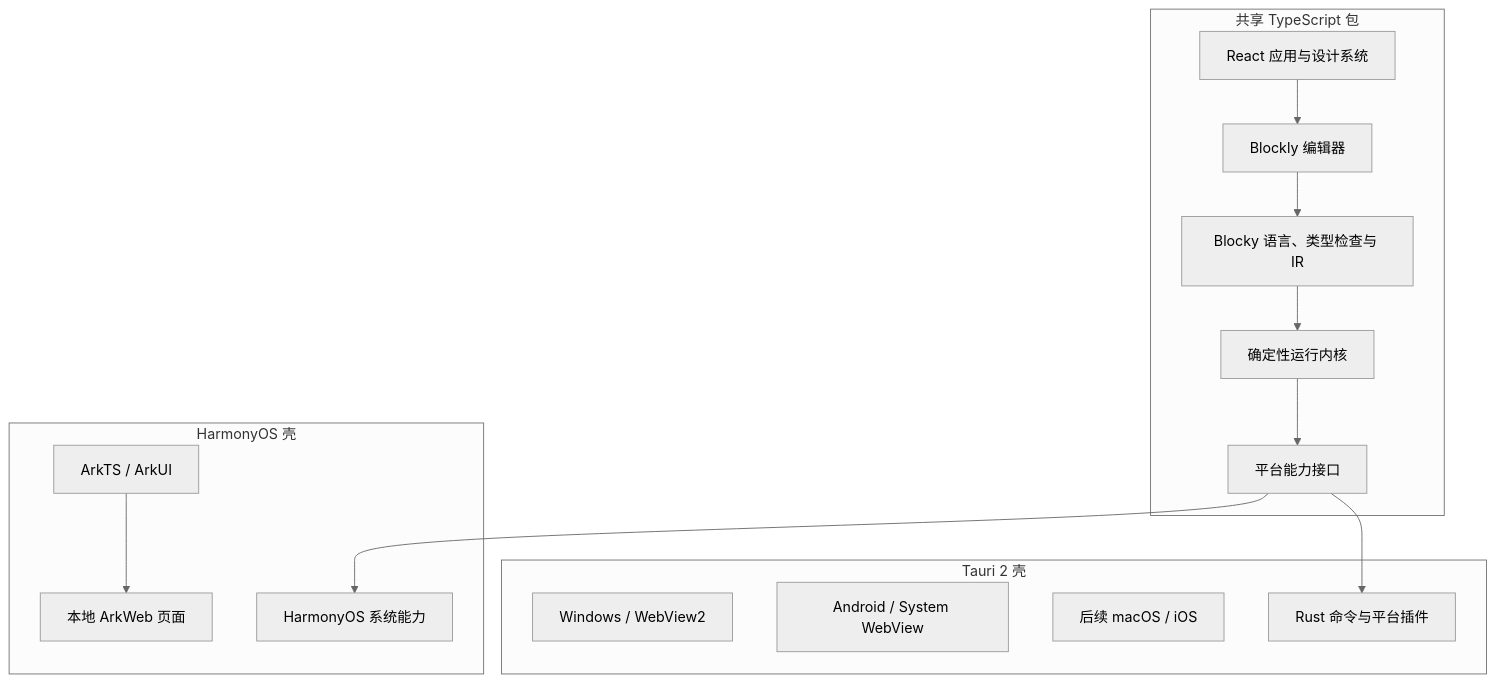
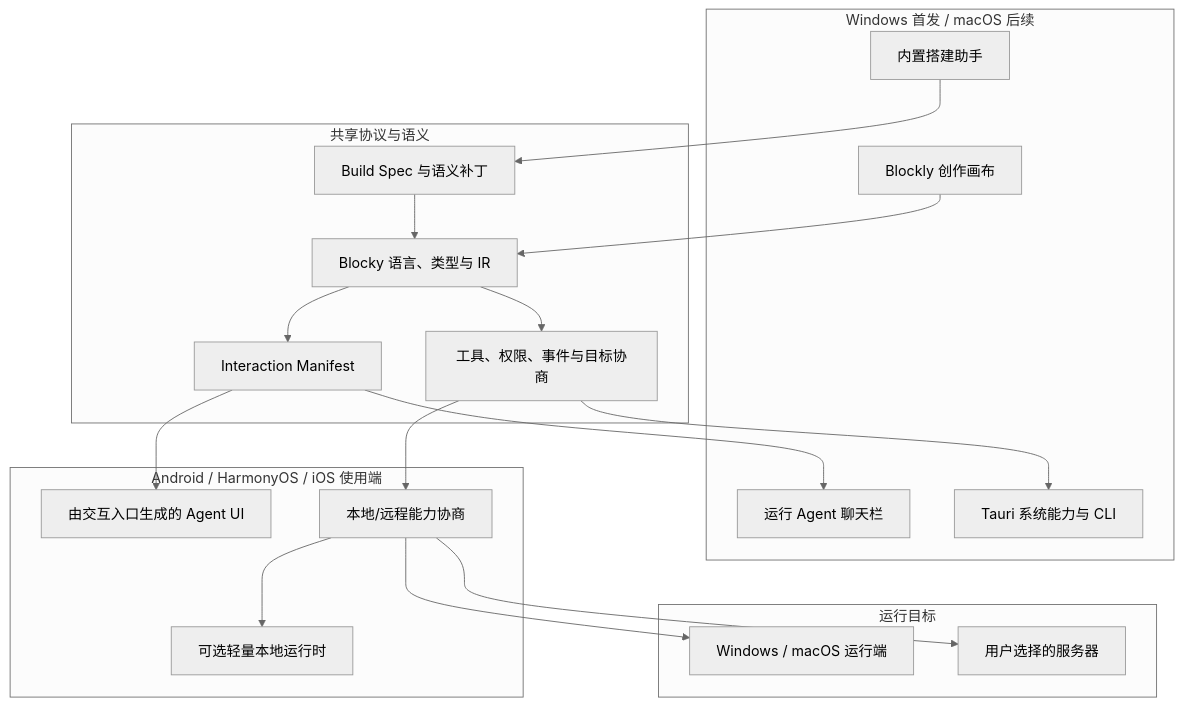
Before and after one commit to q2955161835-debug/Blocky-AI: the diagram in doc/技术设计/ADR-001-首版跨端技术选型.md, drawn with Mermaid (neutral theme). The commit also changed other lines of this file and 13 other files, not shown here.

````diff
--- a/doc/技术设计/ADR-001-首版跨端技术选型.md
+++ b/doc/技术设计/ADR-001-首版跨端技术选型.md
@@ -36,28 +52,39 @@
 ```mermaid
 flowchart TB
-  subgraph Shared["共享 TypeScript 包"]
-    UI["React 应用与设计系统"]
-    Editor["Blockly 编辑器"]
-    Lang["Blocky 语言、类型检查与 IR"]
-    Runtime["确定性运行内核"]
-    HostAPI["平台能力接口"]
-    UI --> Editor --> Lang --> Runtime --> HostAPI
+  subgraph Desktop["Windows 首发 / macOS 后续"]
+    Editor["Blockly 创作画布"]
+    Builder["内置搭建助手"]
+    RuntimeUI["运行 Agent 聊天栏"]
+    DesktopHost["Tauri 系统能力与 CLI"]
   end
 
-  subgraph Tauri["Tauri 2 壳"]
-    Win["Windows / WebView2"]
-    Android["Android / System WebView"]
-    Later["后续 macOS / iOS"]
-    Rust["Rust 命令与平台插件"]
+  subgraph Shared["共享协议与语义"]
+    Language["Blocky 语言、类型与 IR"]
+    BuildSpec["Build Spec 与语义补丁"]
+    Interaction["Interaction Manifest"]
+    Contracts["工具、权限、事件与目标协商"]
   end
 
-  subgraph Harmony["HarmonyOS 壳"]
-    ArkUI["ArkTS / ArkUI"]
-    ArkWeb["本地 ArkWeb 页面"]
-    HOS["HarmonyOS 系统能力"]
-    ArkUI --> ArkWeb
+  subgraph Mobile["Android / HarmonyOS / iOS 使用端"]
+    GeneratedUI["由交互入口生成的 Agent UI"]
+    Negotiator["本地/远程能力协商"]
+    PortableRuntime["可选轻量本地运行时"]
   end
 
-  HostAPI --> Rust
-  HostAPI --> HOS
+  subgraph Targets["运行目标"]
+    DesktopRunner["Windows / macOS 运行端"]
+    UserServer["用户选择的服务器"]
+  end
+
+  Editor --> Language
+  Builder --> BuildSpec --> Language
+  Language --> Interaction
+  Language --> Contracts
+  Interaction --> RuntimeUI
+  Interaction --> GeneratedUI
+  Contracts --> DesktopHost
+  Contracts --> Negotiator
+  Negotiator --> PortableRuntime
+  Negotiator --> DesktopRunner
+  Negotiator --> UserServer
 ```
````
